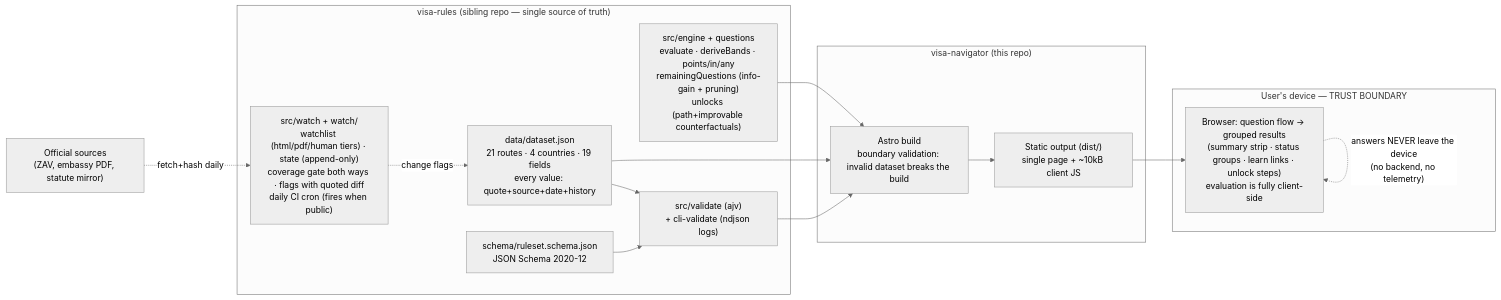
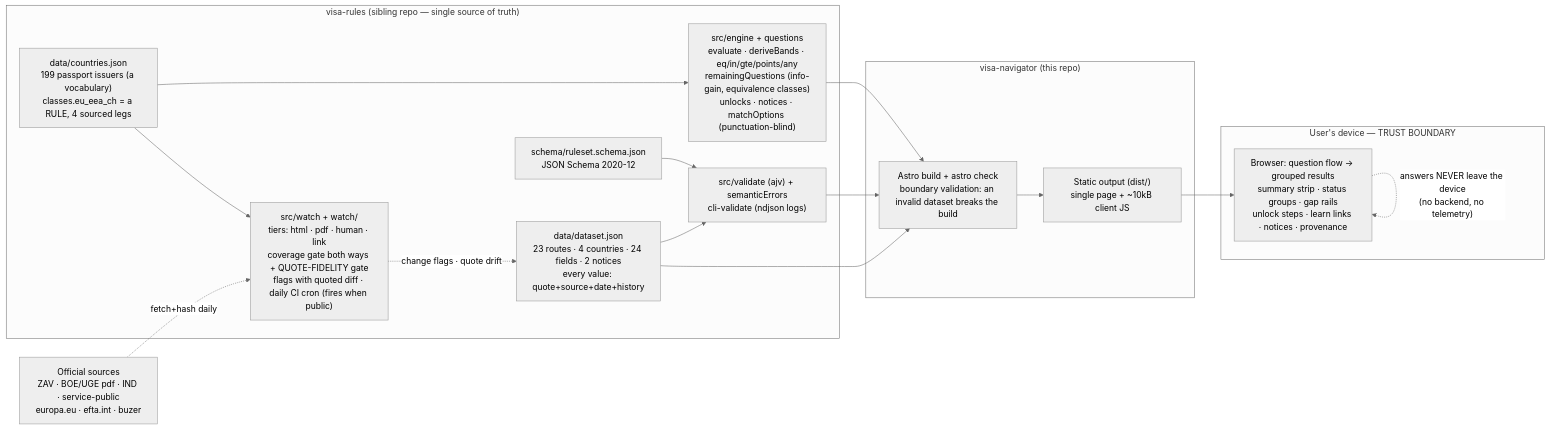
One commit to OytunOnal/permit-rulebook changed the diagram in docs/spine/ARCHITECTURE.md. Above: the diagram before and after it, drawn with Mermaid (neutral theme). The commit also changed other lines of this file and 2 other files, not shown here.

First line of the commit message:
reload Spine skills at steward-17; apply the hand-off test and redraw ARCHITECTURE

````diff
--- a/docs/spine/ARCHITECTURE.md
+++ b/docs/spine/ARCHITECTURE.md
@@ -5,27 +6,30 @@
 ```mermaid
 flowchart LR
     subgraph rules["visa-rules (sibling repo — single source of truth)"]
-        DATA["data/dataset.json<br/>21 routes · 4 countries · 19 fields<br/>every value: quote+source+date+history"]
+        DATA["data/dataset.json<br/>23 routes · 4 countries · 24 fields · 2 notices<br/>every value: quote+source+date+history"]
+        VOCAB["data/countries.json<br/>199 passport issuers (a vocabulary)<br/>classes.eu_eea_ch = a RULE, 4 sourced legs"]
         SCHEMA["schema/ruleset.schema.json<br/>JSON Schema 2020-12"]
-        ENGINE["src/engine + questions<br/>evaluate · deriveBands · points/in/any<br/>remainingQuestions (info-gain + pruning)<br/>unlocks (path+improvable counterfactuals)"]
-        VALIDATE["src/validate (ajv)<br/>+ cli-validate (ndjson logs)"]
-        WATCH["src/watch + watch/<br/>watchlist (html/pdf/human tiers) · state (append-only)<br/>coverage gate both ways · flags with quoted diff<br/>daily CI cron (fires when public)"]
+        ENGINE["src/engine + questions<br/>evaluate · deriveBands · eq/in/gte/points/any<br/>remainingQuestions (info-gain, equivalence classes)<br/>unlocks · notices · matchOptions (punctuation-blind)"]
+        VALIDATE["src/validate (ajv) + semanticErrors<br/>cli-validate (ndjson logs)"]
+        WATCH["src/watch + watch/<br/>tiers: html · pdf · human · link<br/>coverage gate both ways + QUOTE-FIDELITY gate<br/>flags with quoted diff · daily CI cron (fires when public)"]
     end
 
     subgraph nav["visa-navigator (this repo)"]
-        BUILD["Astro build<br/>boundary validation: invalid dataset breaks the build"]
+        BUILD["Astro build + astro check<br/>boundary validation: an invalid dataset breaks the build"]
         SITE["Static output (dist/)<br/>single page + ~10kB client JS"]
     end
 
     subgraph device["User's device — TRUST BOUNDARY"]
-        UI["Browser: question flow → grouped results<br/>(summary strip · status groups · learn links · unlock steps)<br/>evaluation is fully client-side"]
+        UI["Browser: question flow → grouped results<br/>summary strip · status groups · gap rails<br/>unlock steps · learn links · notices · provenance"]
     end
 
-    OFFICIAL["Official sources<br/>(ZAV, embassy PDF, statute mirror)"] -.->|fetch+hash daily| WATCH
-    WATCH -.->|change flags| DATA
+    OFFICIAL["Official sources<br/>ZAV · BOE/UGE pdf · IND · service-public<br/>europa.eu · efta.int · buzer"] -.->|fetch+hash daily| WATCH
+    WATCH -.->|change flags · quote drift| DATA
     DATA --> VALIDATE --> BUILD
     SCHEMA --> VALIDATE
+    VOCAB --> ENGINE
+    VOCAB --> WATCH
     DATA --> BUILD
     ENGINE --> BUILD --> SITE --> UI
     UI -. "answers NEVER leave the device<br/>(no backend, no telemetry)" .-> UI
 ```
````
